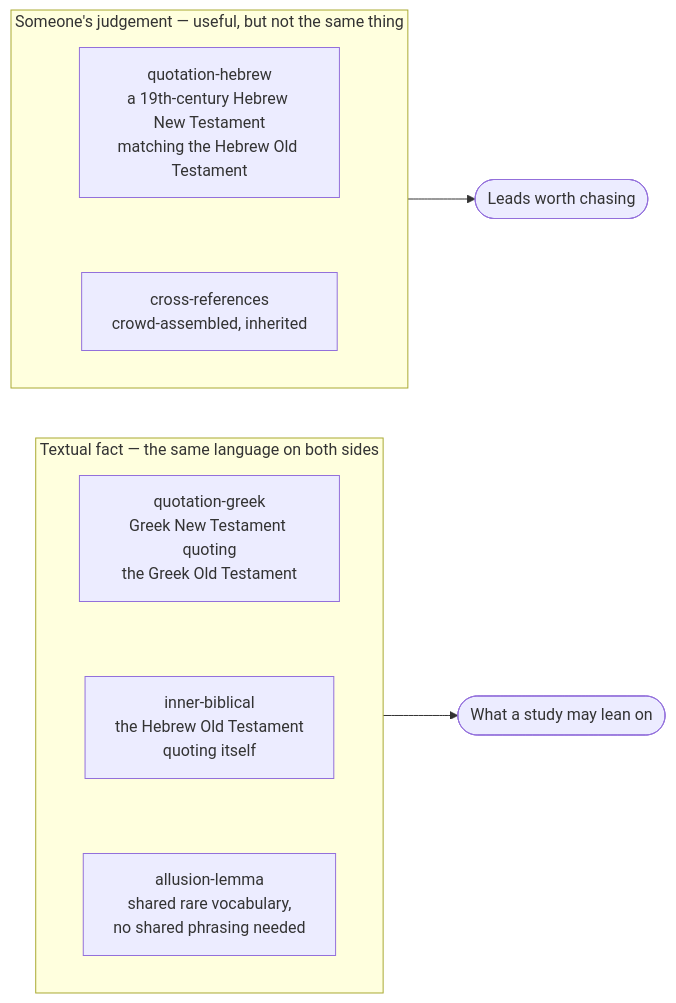
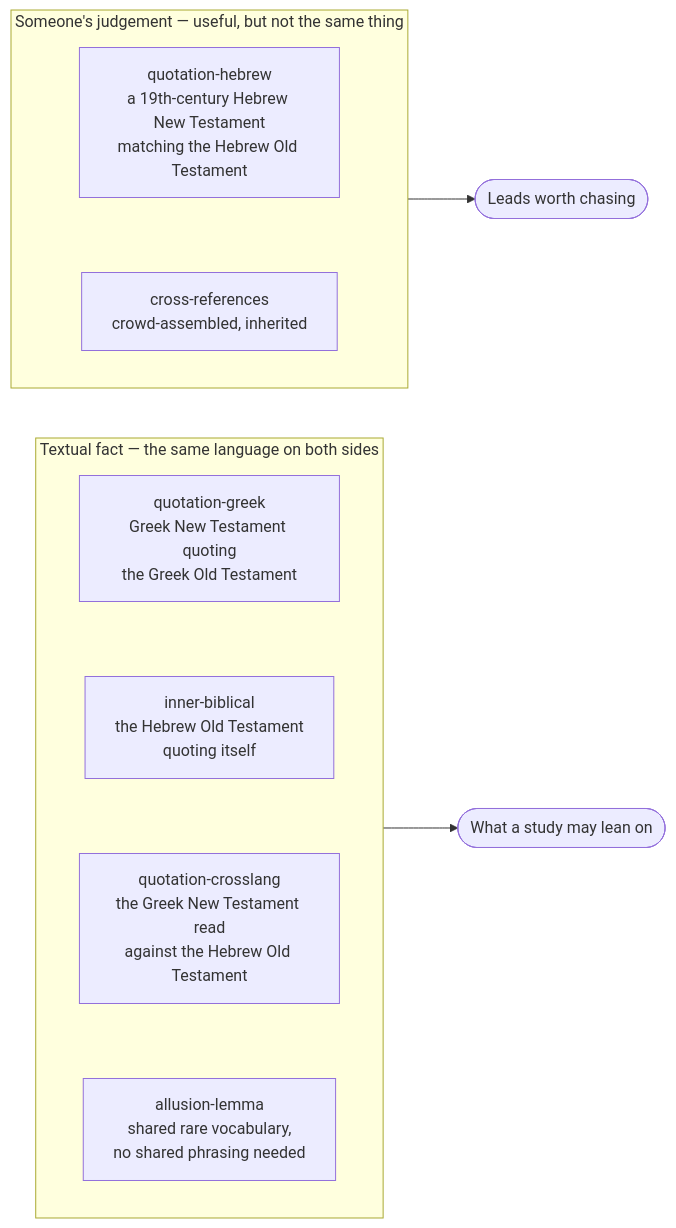
One commit to ding0t/bible_studies changed the first of 2 diagrams in docs/content/about/how-we-cross-reference.md. Above: the diagram before and after it, drawn with Mermaid. The commit also changed other lines of this file and 27 other files, not shown here.

````diff
--- a/docs/content/about/how-we-cross-reference.md
+++ b/docs/content/about/how-we-cross-reference.md
@@ -45,18 +60,19 @@
 ```mermaid
 flowchart LR
     subgraph textual["Textual fact — the same language on both sides"]
         direction TB
         QG["quotation-greek<br/>Greek New Testament quoting<br/>the Greek Old Testament"]
         IB["inner-biblical<br/>the Hebrew Old Testament<br/>quoting itself"]
+        XL["quotation-crosslang<br/>the Greek New Testament read<br/>against the Hebrew Old Testament"]
         AL["allusion-lemma<br/>shared rare vocabulary,<br/>no shared phrasing needed"]
-        QG ~~~ IB ~~~ AL
+        QG ~~~ IB ~~~ XL ~~~ AL
     end
     subgraph judged["Someone's judgement — useful, but not the same thing"]
         direction TB
         QH["quotation-hebrew<br/>a 19th-century Hebrew New Testament<br/>matching the Hebrew Old Testament"]
         XR["cross-references<br/>crowd-assembled, inherited"]
         QH ~~~ XR
     end
     textual --> USE(["What a study may lean on"])
     judged --> LEAD(["Leads worth chasing"])
 ```
````
